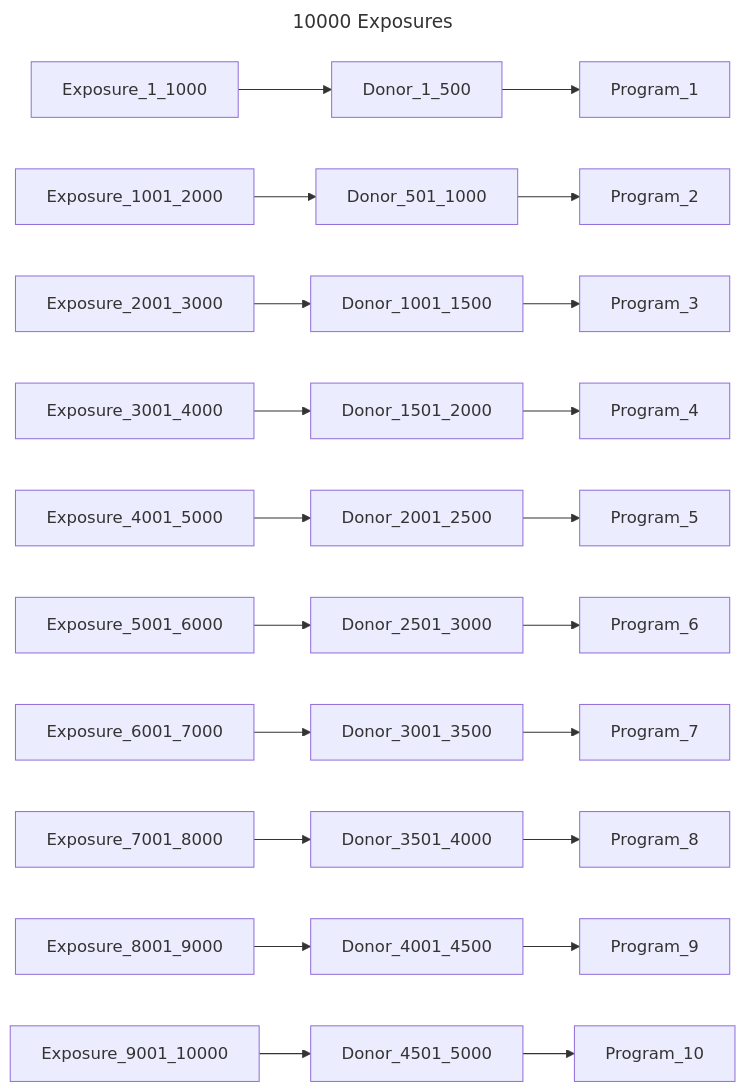
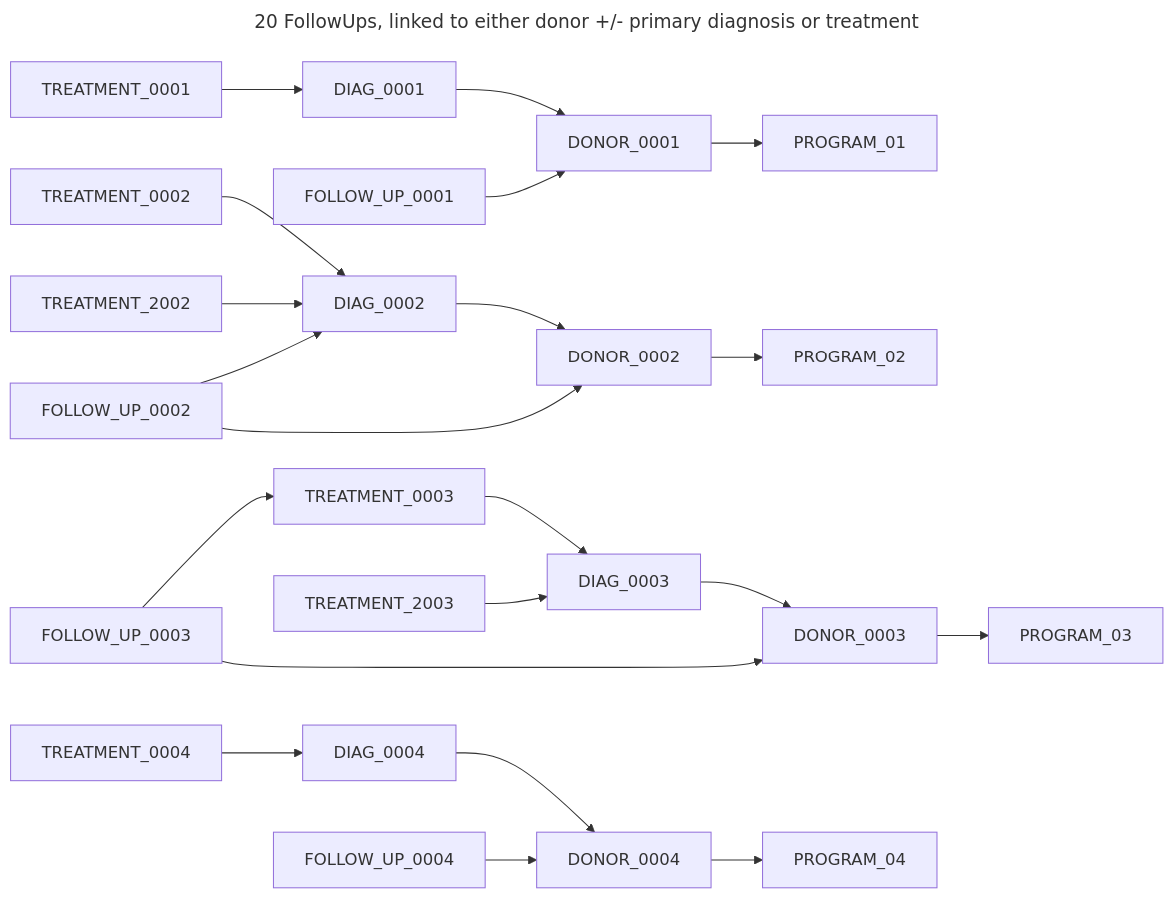
The third of 4 diagrams in chord_metadata_service/mohpackets/data/large_dataset/README.md (CanDIG/katsu), drawn with Mermaid before and after one commit. The commit also changed other lines of this file and 43 other files, not shown here.

````diff
--- a/chord_metadata_service/mohpackets/data/large_dataset/README.md
+++ b/chord_metadata_service/mohpackets/data/large_dataset/README.md
@@ -197,16 +108,23 @@
 ```mermaid
 ---
-title: 10000 Exposures
+title: 20 FollowUps, linked to either donor +/- primary diagnosis or treatment
 ---
 graph LR;  
-  Exposure_1_1000 --> Donor_1_500 --> Program_1;
-  Exposure_1001_2000 --> Donor_501_1000 --> Program_2;  
-  Exposure_2001_3000 --> Donor_1001_1500 --> Program_3;  
-  Exposure_3001_4000 --> Donor_1501_2000 --> Program_4;  
-  Exposure_4001_5000 --> Donor_2001_2500 --> Program_5;  
-  Exposure_5001_6000 --> Donor_2501_3000 --> Program_6;  
-  Exposure_6001_7000 --> Donor_3001_3500 --> Program_7;  
-  Exposure_7001_8000 --> Donor_3501_4000 --> Program_8;  
-  Exposure_8001_9000 --> Donor_4001_4500 --> Program_9;
-  Exposure_9001_10000 --> Donor_4501_5000 --> Program_10;
+  DIAG_0001 --> DONOR_0001 --> PROGRAM_01;  
+  DIAG_0002 --> DONOR_0002 --> PROGRAM_02;  
+  DIAG_0003 --> DONOR_0003 --> PROGRAM_03;  
+  DIAG_0004 --> DONOR_0004 --> PROGRAM_04;
+  TREATMENT_0001 --> DIAG_0001; 
+  TREATMENT_0002 --> DIAG_0002; 
+  TREATMENT_2002 --> DIAG_0002;  
+  TREATMENT_0003 --> DIAG_0003; 
+  TREATMENT_2003 --> DIAG_0003; 
+  TREATMENT_0004 --> DIAG_0004; 
+  FOLLOW_UP_0001 --> DONOR_0001;  
+  FOLLOW_UP_0002 --> DIAG_0002;
+  FOLLOW_UP_0002 --> DONOR_0002; 
+  FOLLOW_UP_0003 --> DONOR_0003; 
+  FOLLOW_UP_0003 --> TREATMENT_0003;  
+  FOLLOW_UP_0004 --> DONOR_0004
+  
 ```
````
